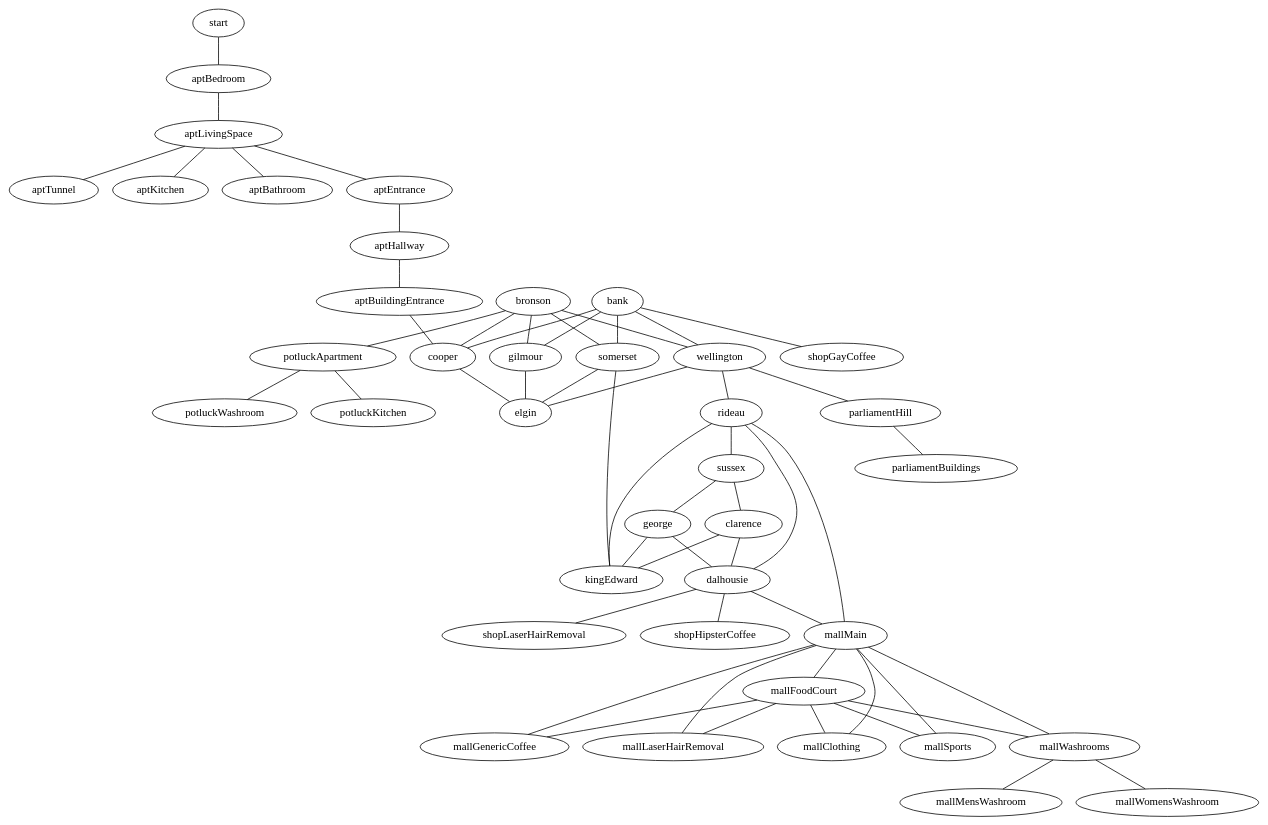
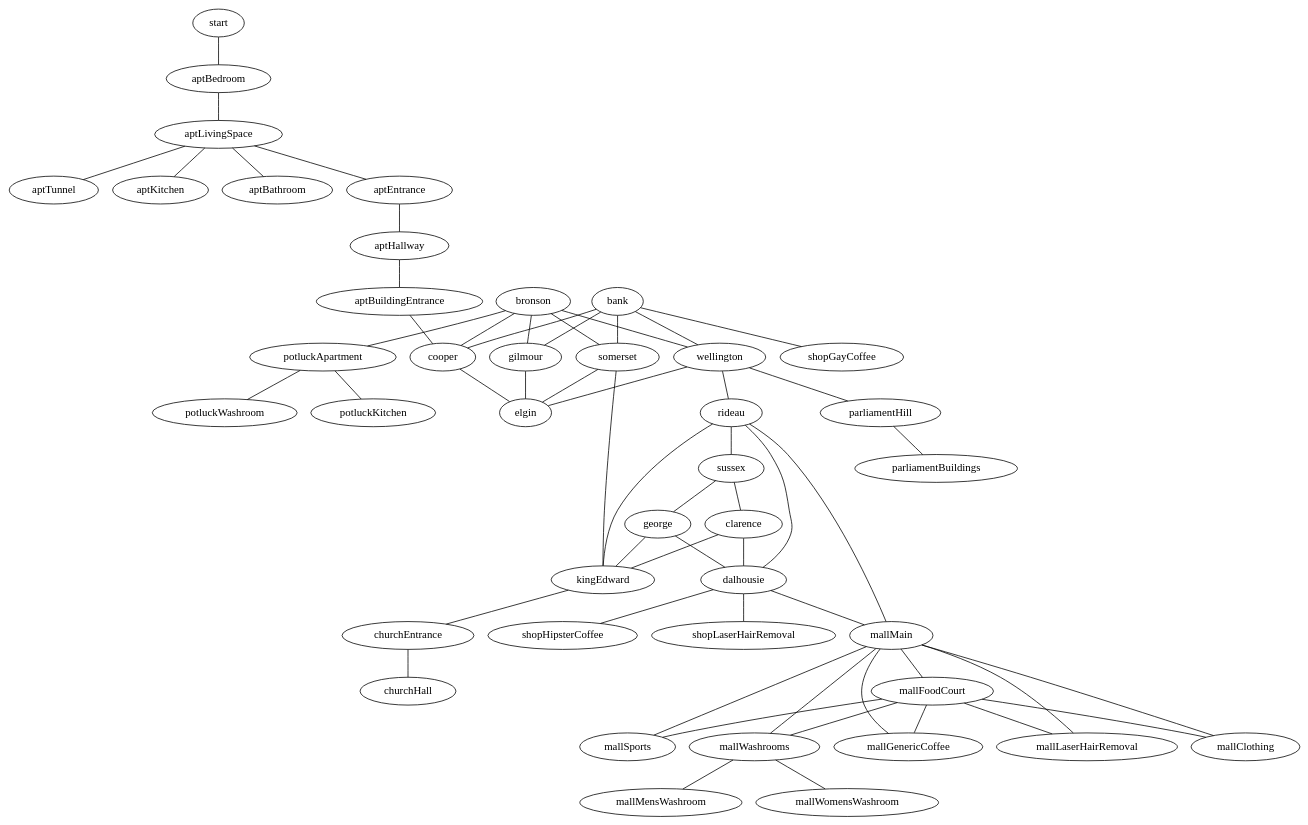
One commit to maelys-mcardle/adventure changed the diagram in examples/ottawa/entities/world/values.dot. Above: the diagram before and after it, drawn with Graphviz. The commit also changed 2 other files, not shown here.

Commit message:
Added church.

```diff
--- a/examples/ottawa/entities/world/values.dot
+++ b/examples/ottawa/entities/world/values.dot
@@ -1,73 +1,78 @@
 graph location {
 
   start -- aptBedroom
 
   subgraph streets {
     bank -- wellington -- elgin
     bank -- cooper -- elgin
     bank -- somerset -- elgin
     bank -- gilmour -- elgin
 
     bronson -- wellington
     bronson -- cooper
     bronson -- somerset
     bronson -- gilmour   
 
     wellington -- rideau
 
     rideau -- sussex
     rideau -- dalhousie
     rideau -- kingEdward
 
     sussex -- george -- dalhousie
     sussex -- clarence -- dalhousie
     somerset -- kingEdward
     george -- kingEdward
     clarence -- kingEdward
   }
 
   subgraph apartment {
     aptBedroom -- aptLivingSpace -- aptTunnel
     aptLivingSpace -- aptKitchen
     aptLivingSpace -- aptBathroom
     aptLivingSpace -- aptEntrance -- aptHallway 
     aptHallway -- aptBuildingEntrance -- cooper
   }
 
   subgraph shops {
     bank -- shopGayCoffee
     dalhousie -- shopLaserHairRemoval
     dalhousie -- shopHipsterCoffee
   }
 
   subgraph mall {
     rideau -- mallMain 
     dalhousie -- mallMain
 
     mallMain -- mallFoodCourt
     mallMain -- mallGenericCoffee
     mallMain -- mallLaserHairRemoval
     mallMain -- mallClothing
     mallMain -- mallSports
     mallMain -- mallWashrooms
     mallFoodCourt -- mallGenericCoffee
     mallFoodCourt -- mallClothing
     mallFoodCourt -- mallSports
     mallFoodCourt -- mallLaserHairRemoval
     mallFoodCourt -- mallWashrooms
 
     mallWashrooms -- mallMensWashroom
     mallWashrooms -- mallWomensWashroom
   }
 
   subgraph potluck {
     bronson -- potluckApartment
     potluckApartment -- potluckWashroom
     potluckApartment -- potluckKitchen
   }
 
   subgraph parliament {
     wellington -- parliamentHill
     parliamentHill -- parliamentBuildings
   }
+
+  subgraph church {
+    kingEdward -- churchEntrance
+    churchEntrance -- churchHall
+  }
 }
```
